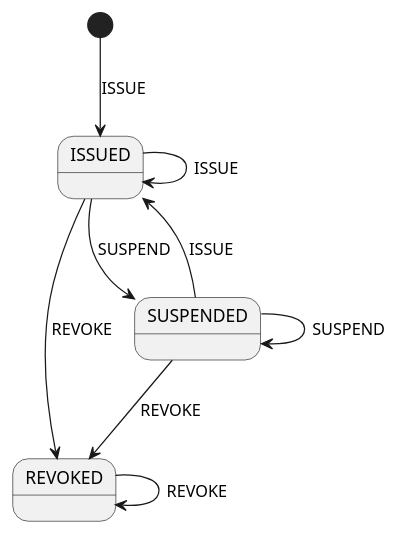
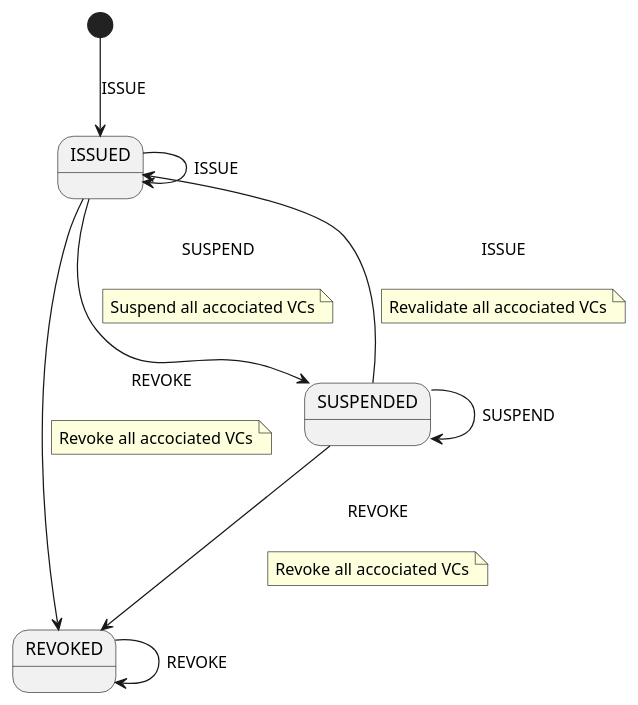
One commit to swiyu-admin-ch/swiyu-issuer changed the diagram in issuer-service/src/main/resources/plantuml/credentialManagementStateMachine.puml. Above: the diagram before and after it, drawn with PlantUML. The commit also changed 1 other file, not shown here.

```diff
--- a/issuer-service/src/main/resources/plantuml/credentialManagementStateMachine.puml
+++ b/issuer-service/src/main/resources/plantuml/credentialManagementStateMachine.puml
@@ -1,13 +1,29 @@
 @startuml
 state ISSUED
 state REVOKED
 state SUSPENDED
 [*] --> ISSUED : ISSUE
-ISSUED --> SUSPENDED : SUSPEND
+ISSUED --> SUSPENDED : SUSPEND\n
+note on link
+Suspend all accociated VCs
+end note
+
 ISSUED --> ISSUED : ISSUE
-SUSPENDED --> ISSUED : ISSUE
-ISSUED --> REVOKED : REVOKE
-SUSPENDED --> REVOKED : REVOKE
+SUSPENDED --> ISSUED : ISSUE\n
+note on link
+Revalidate all accociated VCs
+end note
+
+ISSUED --> REVOKED : REVOKE\n
+note on link
+Revoke all accociated VCs
+end note
+
+SUSPENDED --> REVOKED : REVOKE\n
+note on link
+Revoke all accociated VCs
+end note
+
 REVOKED --> REVOKED : REVOKE
 SUSPENDED --> SUSPENDED : SUSPEND
 @enduml
```
